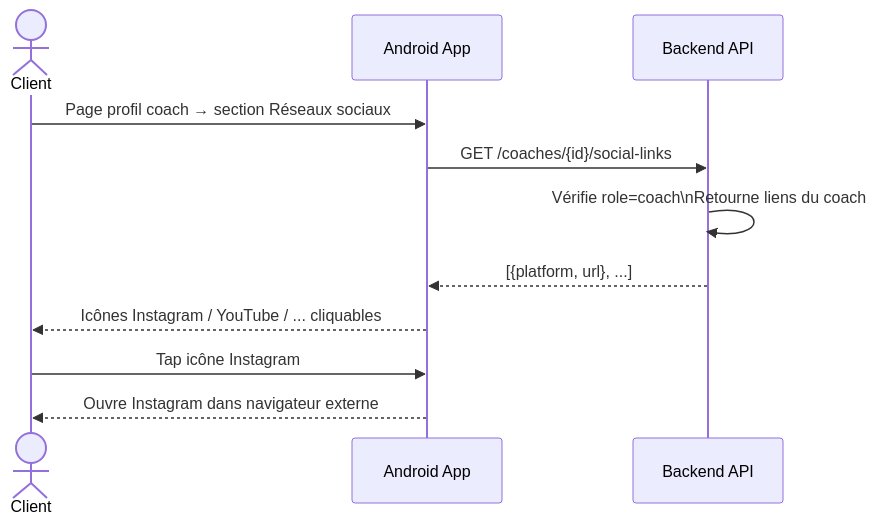
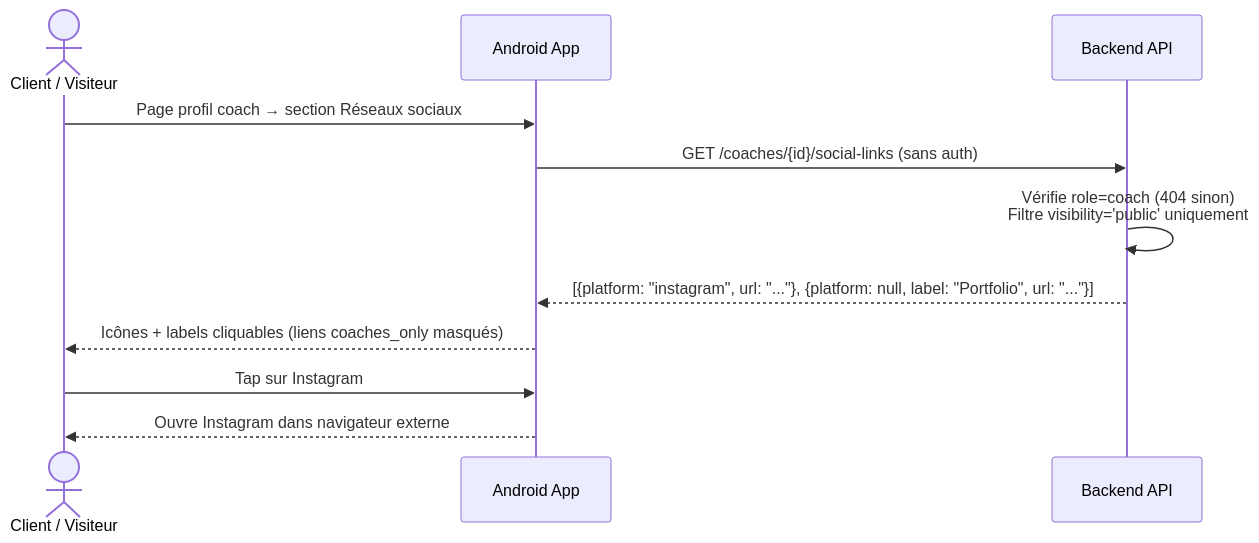
The tenth of 10 diagrams in docs/FLOWS_06_PROFIL_NOTIFICATIONS.md (gaelgael5/mycoach), drawn with Mermaid before and after one commit. The commit also changed other lines of this file and 10 other files, not shown here.

````diff
--- a/docs/FLOWS_06_PROFIL_NOTIFICATIONS.md
+++ b/docs/FLOWS_06_PROFIL_NOTIFICATIONS.md
@@ -238,14 +262,14 @@
 ```mermaid
 sequenceDiagram
-    actor C as Client
+    actor C as Client / Visiteur
     participant A as Android App
     participant B as Backend API
 
     C->>A: Page profil coach → section Réseaux sociaux
-    A->>B: GET /coaches/{id}/social-links
-    B->>B: Vérifie role=coach\nRetourne liens du coach
-    B-->>A: [{platform, url}, ...]
-    A-->>C: Icônes Instagram / YouTube / ... cliquables
-    C->>A: Tap icône Instagram
+    A->>B: GET /coaches/{id}/social-links (sans auth)
+    B->>B: Vérifie role=coach (404 sinon)<br/>Filtre visibility='public' uniquement
+    B-->>A: [{platform: "instagram", url: "..."}, {platform: null, label: "Portfolio", url: "..."}]
+    A-->>C: Icônes + labels cliquables (liens coaches_only masqués)
+    C->>A: Tap sur Instagram
     A-->>C: Ouvre Instagram dans navigateur externe
 ```
````
